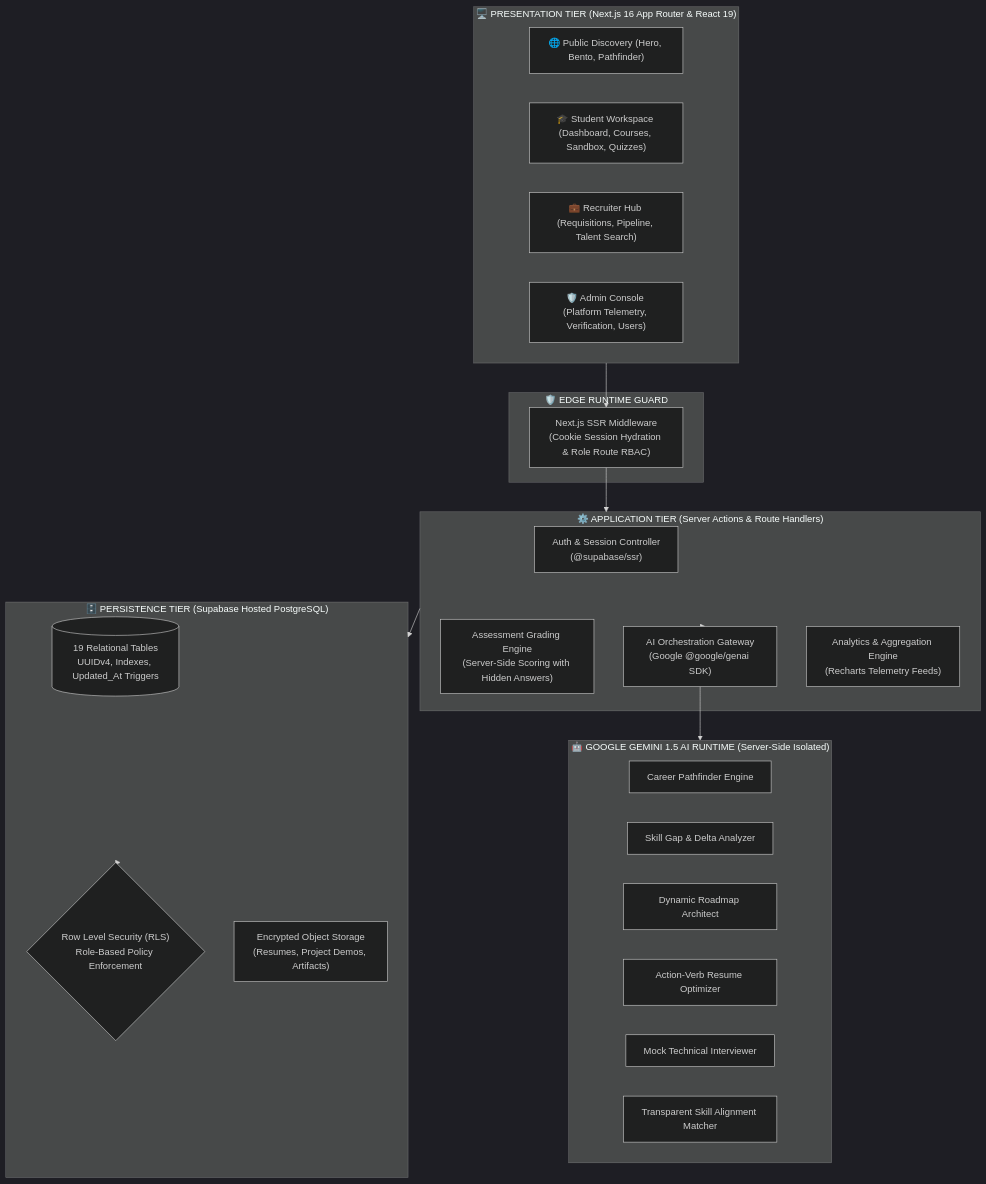
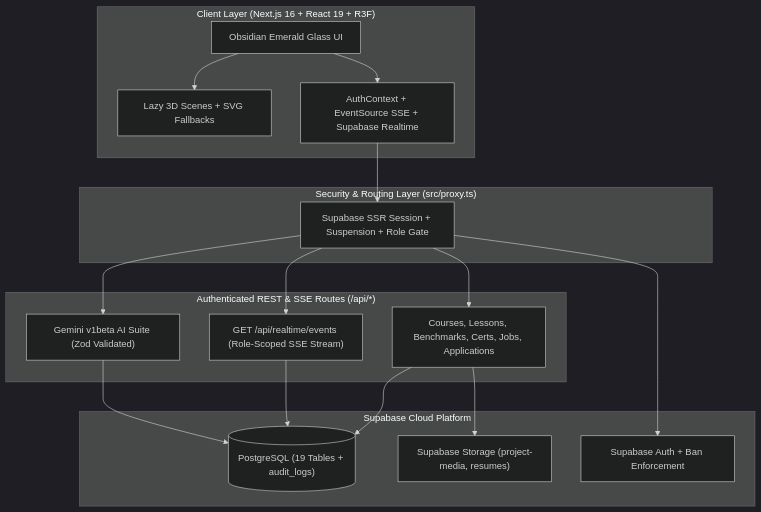
Before and after one commit to ukanimeet42-creator/unlockED: the first of 2 diagrams in README.md, drawn with Mermaid (dark theme). The commit also changed other lines of this file, not shown here.

Commit message:
docs: fix README encoding and rewrite with clean GFM diagrams and accurate platform docs

````diff
--- a/README.md
+++ b/README.md
@@ -58,42 +49,36 @@
 ```mermaid
-flowchart TB
-    subgraph ClientLayer["🖥️ PRESENTATION TIER (Next.js 16 App Router & React 19)"]
-        Landing["🌐 Public Discovery (Hero, Bento, Pathfinder)"]
-        StudentUI["🎓 Student Workspace (Dashboard, Courses, Sandbox, Quizzes)"]
-        RecruiterUI["💼 Recruiter Hub (Requisitions, Pipeline, Talent Search)"]
-        AdminUI["🛡️ Admin Console (Platform Telemetry, Verification, Users)"]
+flowchart TD
+    subgraph Client ["Client Layer (Next.js 16 + React 19 + R3F)"]
+        UI["Obsidian Emerald Glass UI"]
+        Three["Lazy 3D Scenes + SVG Fallbacks"]
+        AuthCtx["AuthContext + EventSource SSE + Supabase Realtime"]
     end
 
-    subgraph MiddlewareLayer["🛡️ EDGE RUNTIME GUARD"]
-        AuthMiddleware["Next.js SSR Middleware\n(Cookie Session Hydration & Role Route RBAC)"]
+    subgraph Edge ["Security & Routing Layer (src/proxy.ts)"]
+        RBAC["Supabase SSR Session + Suspension + Role Gate"]
     end
 
-    subgraph ServerLayer["⚙️ APPLICATION TIER (Server Actions & Route Handlers)"]
-        AuthService["Auth & Session Controller\n(@supabase/ssr)"]
-        AssessmentService["Assessment Grading Engine\n(Server-Side Scoring with Hidden Answers)"]
-        AIService["AI Orchestration Gateway\n(Google @google/genai SDK)"]
-        TelemetryService["Analytics & Aggregation Engine\n(Recharts Telemetry Feeds)"]
+    subgraph API ["Authenticated REST & SSE Routes (/api/*)"]
+        CoreAPI["Courses, Lessons, Benchmarks, Certs, Jobs, Applications"]
+        SSE["GET /api/realtime/events (Role-Scoped SSE Stream)"]
+        AIService["Gemini v1beta AI Suite (Zod Validated)"]
     end
 
-    subgraph AIEngine["🤖 GOOGLE GEMINI 1.5 AI RUNTIME (Server-Side Isolated)"]
-        CareerGuide["Career Pathfinder Engine"]
-        SkillGap["Skill Gap & Delta Analyzer"]
-        RoadmapGen["Dynamic Roadmap Architect"]
-        ResumeCoach["Action-Verb Resume Optimizer"]
-        MockInterview["Mock Technical Interviewer"]
-        JobMatcher["Transparent Skill Alignment Matcher"]
+    subgraph Data ["Supabase Cloud Platform"]
+        Postgres[("PostgreSQL (19 Tables + audit_logs)")]
+        Storage["Supabase Storage (project-media, resumes)"]
+        SupaAuth["Supabase Auth + Ban Enforcement"]
     end
 
-    subgraph DataLayer["🗄️ PERSISTENCE TIER (Supabase Hosted PostgreSQL)"]
-        PostgresDB[(19 Relational Tables\nUUIDv4, Indexes, Updated_At Triggers)]
-        RLSEngine{"Row Level Security (RLS)\nRole-Based Policy Enforcement"}
-        SupabaseStorage["Encrypted Object Storage\n(Resumes, Project Demos, Artifacts)"]
-    end
-
-    ClientLayer --> AuthMiddleware
-    AuthMiddleware --> ServerLayer
-    ServerLayer --> AIService
-    AIService --> AIEngine
-    ServerLayer --> DataLayer
-    DataLayer --> RLSEngine
+    UI --> AuthCtx
+    UI --> Three
+    AuthCtx --> RBAC
+    RBAC --> CoreAPI
+    RBAC --> SSE
+    RBAC --> AIService
+    CoreAPI --> Postgres
+    CoreAPI --> Storage
+    SSE --> Postgres
+    RBAC --> SupaAuth
+    AIService --> Postgres
 ```
````
